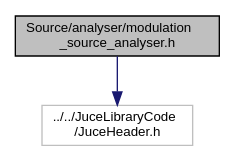
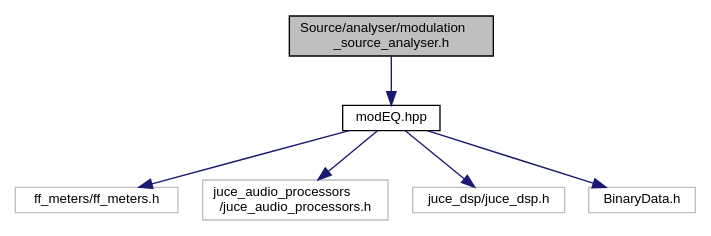
Before and after one commit to tobanteAudio/modEQ: the diagram in modulation__source__analyser_8h__incl.dot, drawn with Graphviz. The commit also changed 195 other files, not shown here.

Commit message:
Deploy tobanteAudio/modEQ to github.com/tobanteAudio/modEQ.git:gh-pages

```diff
--- a/modulation__source__analyser_8h__incl.dot
+++ b/modulation__source__analyser_8h__incl.dot
@@ -1,8 +1,16 @@
 digraph "Source/analyser/modulation_source_analyser.h"
 {
   edge [fontname="Helvetica",fontsize="10",labelfontname="Helvetica",labelfontsize="10"];
   node [fontname="Helvetica",fontsize="10",shape=record];
   Node0 [label="Source/analyser/modulation\l_source_analyser.h",height=0.2,width=0.4,color="black", fillcolor="grey75", style="filled", fontcolor="black"];
   Node0 -> Node1 [color="midnightblue",fontsize="10",style="solid",fontname="Helvetica"];
-  Node1 [label="../../JuceLibraryCode\l/JuceHeader.h",height=0.2,width=0.4,color="grey75", fillcolor="white", style="filled"];
+  Node1 [label="modEQ.hpp",height=0.2,width=0.4,color="black", fillcolor="white", style="filled",URL="$modEQ_8hpp.html"];
+  Node1 -> Node2 [color="midnightblue",fontsize="10",style="solid",fontname="Helvetica"];
+  Node2 [label="ff_meters/ff_meters.h",height=0.2,width=0.4,color="grey75", fillcolor="white", style="filled"];
+  Node1 -> Node3 [color="midnightblue",fontsize="10",style="solid",fontname="Helvetica"];
+  Node3 [label="juce_audio_processors\l/juce_audio_processors.h",height=0.2,width=0.4,color="grey75", fillcolor="white", style="filled"];
+  Node1 -> Node4 [color="midnightblue",fontsize="10",style="solid",fontname="Helvetica"];
+  Node4 [label="juce_dsp/juce_dsp.h",height=0.2,width=0.4,color="grey75", fillcolor="white", style="filled"];
+  Node1 -> Node5 [color="midnightblue",fontsize="10",style="solid",fontname="Helvetica"];
+  Node5 [label="BinaryData.h",height=0.2,width=0.4,color="grey75", fillcolor="white", style="filled"];
 }
```
